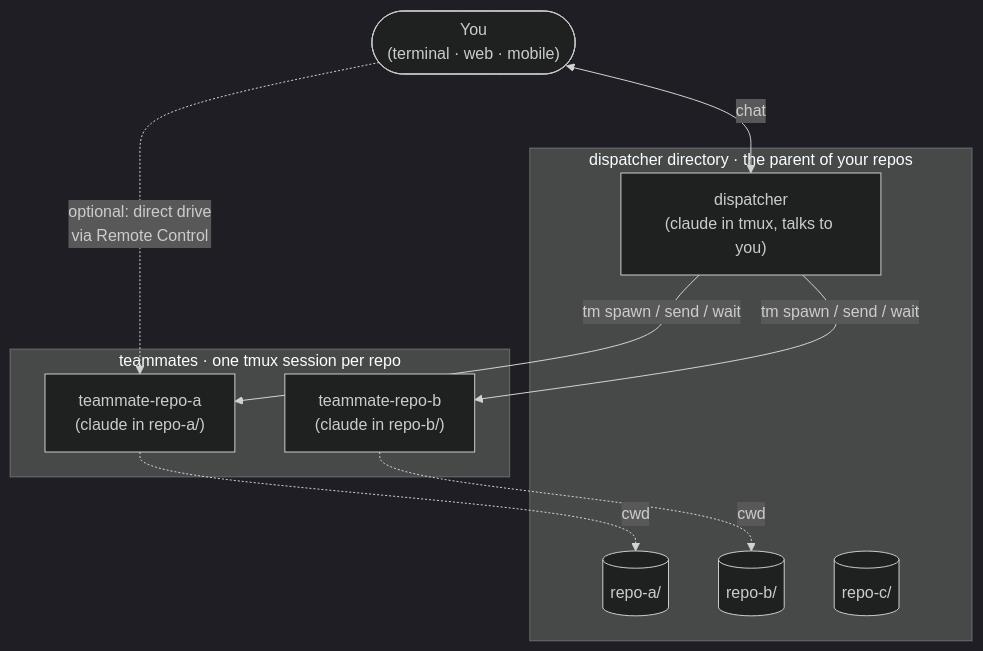
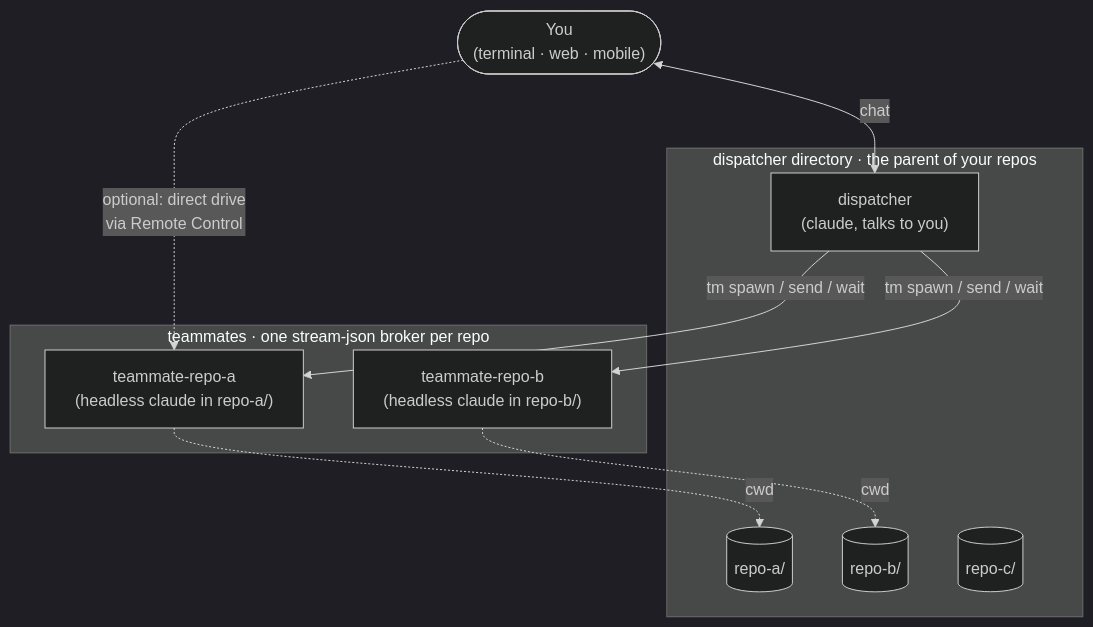
The diagram in README.md (excitedjs/claudemux), drawn with Mermaid (dark theme) before and after one commit. The commit also changed other lines of this file and 9 other files, not shown here.

````diff
--- a/README.md
+++ b/README.md
@@ -22,23 +22,23 @@
 ```mermaid
 flowchart TB
     user(["You<br/>(terminal · web · mobile)"])
 
     subgraph dispatcher_dir["dispatcher directory · the parent of your repos"]
-        dispatcher["dispatcher<br/>(claude in tmux, talks to you)"]
+        dispatcher["dispatcher<br/>(claude, talks to you)"]
         repoA[("repo-a/")]
         repoB[("repo-b/")]
         repoC[("repo-c/")]
     end
 
-    subgraph teammates["teammates · one tmux session per repo"]
-        tA["teammate-repo-a<br/>(claude in repo-a/)"]
-        tB["teammate-repo-b<br/>(claude in repo-b/)"]
+    subgraph teammates["teammates · one stream-json broker per repo"]
+        tA["teammate-repo-a<br/>(headless claude in repo-a/)"]
+        tB["teammate-repo-b<br/>(headless claude in repo-b/)"]
     end
 
     user <-->|chat| dispatcher
     user -.->|optional: direct drive<br/>via Remote Control| tA
     dispatcher -->|tm spawn / send / wait| tA
     dispatcher -->|tm spawn / send / wait| tB
     tA -.cwd.-> repoA
     tB -.cwd.-> repoB
 ```
````
